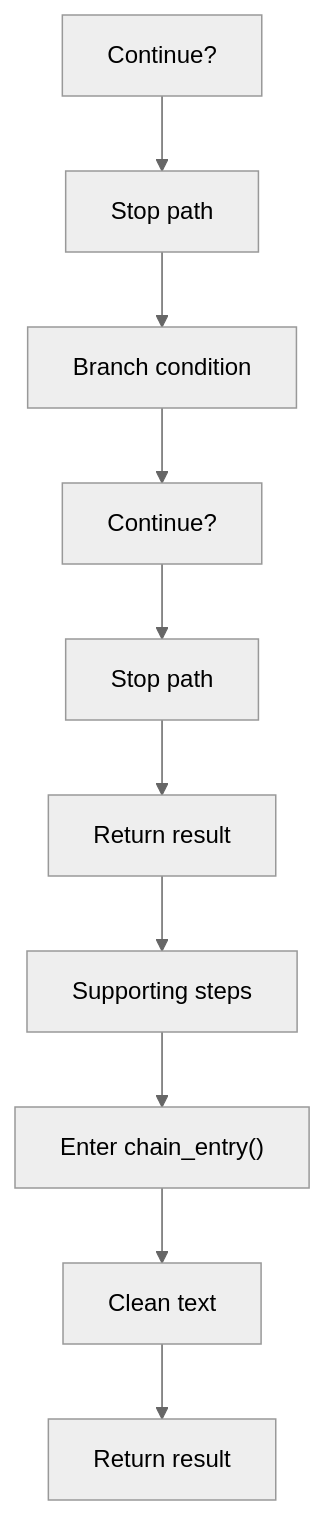
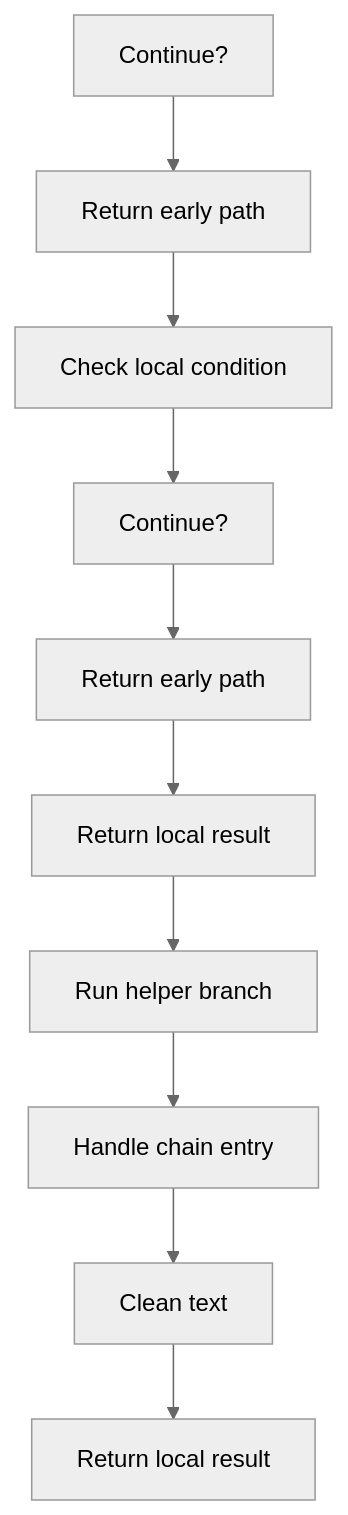
Before and after one commit to JohnAndrewBalbarosa/NeoTerritory: the fifth of 9 diagrams in docs/Codebase/Microservice/Modules/Source/HashingMechanism/HashLinks/Common/Flow/hash_links_common_program_flow.cpp.md, drawn with Mermaid (neutral theme). The commit also changed other lines of this file and 925 other files, not shown here.

````diff
--- a/docs/Codebase/Microservice/Modules/Source/HashingMechanism/HashLinks/Common/Flow/hash_links_common_program_flow.cpp.md
+++ b/docs/Codebase/Microservice/Modules/Source/HashingMechanism/HashLinks/Common/Flow/hash_links_common_program_flow.cpp.md
@@ -119,22 +119,22 @@
 ```mermaid
 flowchart TD
     N0["Continue?"]
-    N1["Stop path"]
-    N2["Branch condition"]
+    N1["Return early path"]
+    N2["Check local condition"]
     N3["Continue?"]
-    N4["Stop path"]
-    N5["Return result"]
-    N6["Supporting steps"]
-    N7["Enter chain_entry()"]
+    N4["Return early path"]
+    N5["Return local result"]
+    N6["Run helper branch"]
+    N7["Handle chain entry"]
     N8["Clean text"]
-    N9["Return result"]
+    N9["Return local result"]
     N0 --> N1
     N1 --> N2
     N2 --> N3
     N3 --> N4
     N4 --> N5
     N5 --> N6
     N6 --> N7
     N7 --> N8
     N8 --> N9
 ```
````
